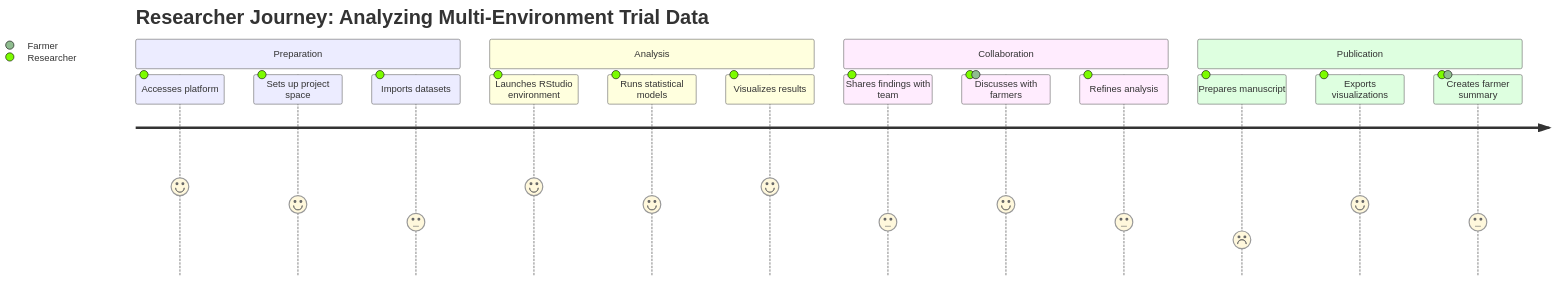
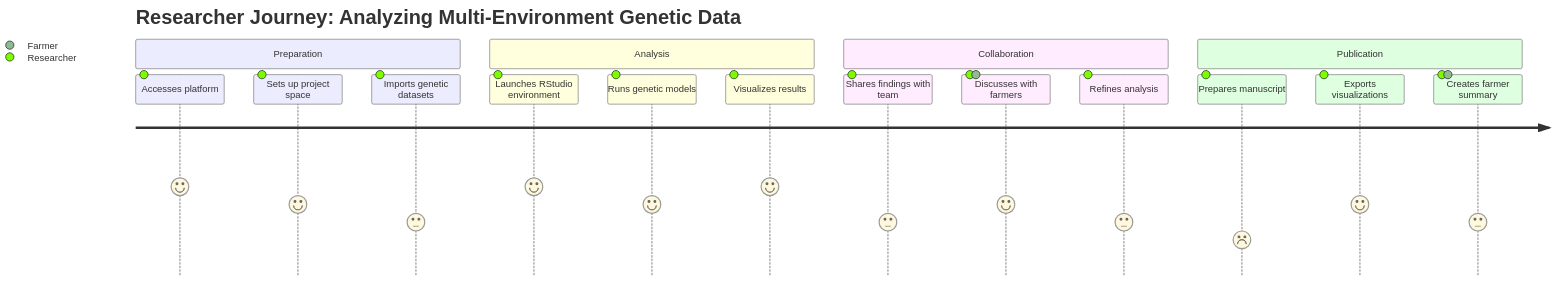
The fourth of 5 diagrams in docs/prd/user-personas.md (naratech-eng/researcher-platform), drawn with Mermaid before and after one commit. The commit also changed other lines of this file and 19 other files, not shown here.

````diff
--- a/docs/prd/user-personas.md
+++ b/docs/prd/user-personas.md
@@ -324,20 +88,20 @@
 ```mermaid
 journey
-    title Researcher Journey: Analyzing Multi-Environment Trial Data
+    title Researcher Journey: Analyzing Multi-Environment Genetic Data
     section Preparation
       Accesses platform: 5: Researcher
       Sets up project space: 4: Researcher
-      Imports datasets: 3: Researcher
+      Imports genetic datasets: 3: Researcher
     section Analysis
       Launches RStudio environment: 5: Researcher
-      Runs statistical models: 4: Researcher
+      Runs genetic models: 4: Researcher
       Visualizes results: 5: Researcher
     section Collaboration
       Shares findings with team: 3: Researcher
       Discusses with farmers: 4: Researcher, Farmer
       Refines analysis: 3: Researcher
     section Publication
       Prepares manuscript: 2: Researcher
       Exports visualizations: 4: Researcher
       Creates farmer summary: 3: Researcher, Farmer
 ```
````
